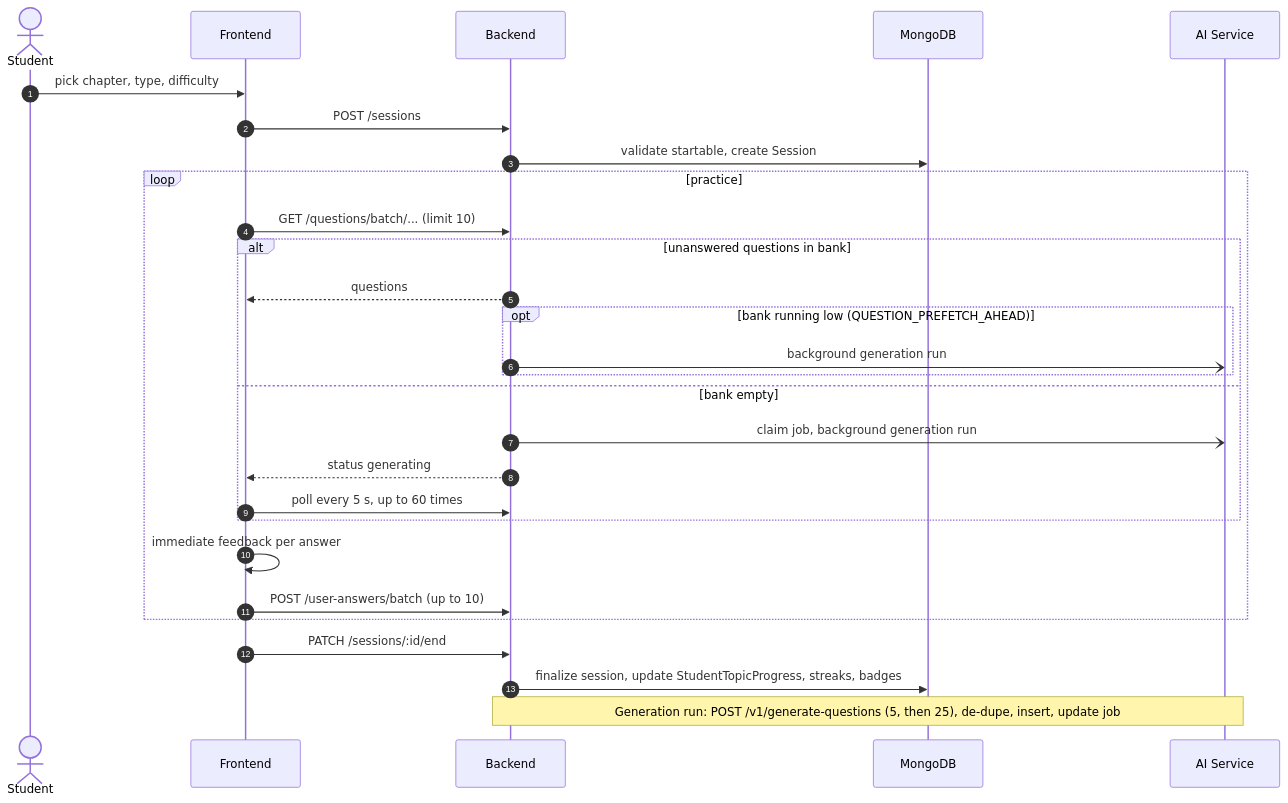
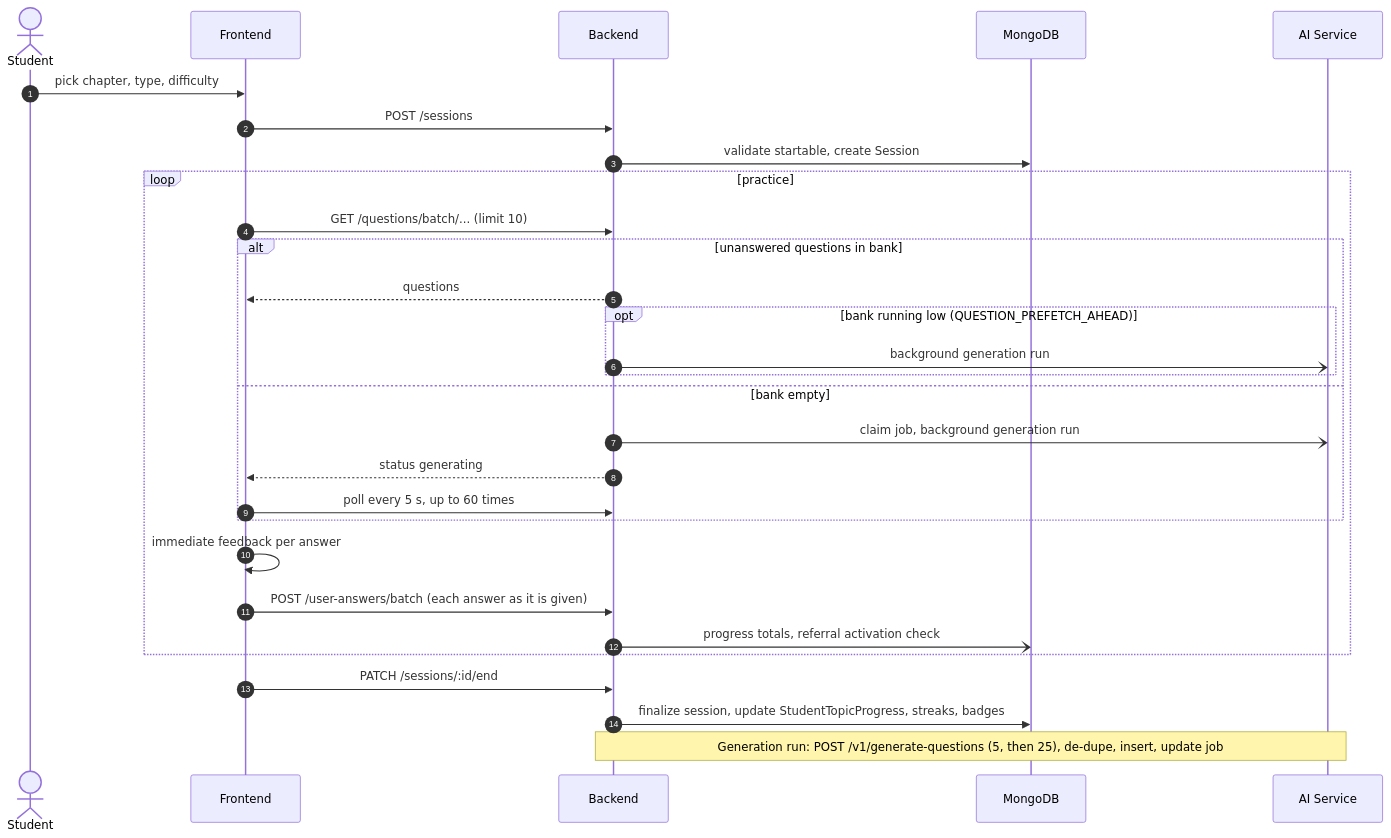
One commit to AskAide-AI/docs changed the fourth of 8 diagrams in docs/reference/hld.md. Above: the diagram before and after it, drawn with Mermaid. The commit also changed other lines of this file and 46 other files, not shown here.

````diff
--- a/docs/reference/hld.md
+++ b/docs/reference/hld.md
@@ -214,30 +222,31 @@
 ```mermaid
 sequenceDiagram
     autonumber
     actor S as Student
     participant FE as Frontend
     participant BE as Backend
     participant DB as MongoDB
     participant AI as AI Service
     S->>FE: pick chapter, type, difficulty
     FE->>BE: POST /sessions
     BE->>DB: validate startable, create Session
     loop practice
         FE->>BE: GET /questions/batch/... (limit 10)
         alt unanswered questions in bank
             BE-->>FE: questions
             opt bank running low (QUESTION_PREFETCH_AHEAD)
                 BE-)AI: background generation run
             end
         else bank empty
             BE-)AI: claim job, background generation run
             BE-->>FE: status generating
             FE->>BE: poll every 5 s, up to 60 times
         end
         FE->>FE: immediate feedback per answer
-        FE->>BE: POST /user-answers/batch (up to 10)
+        FE->>BE: POST /user-answers/batch (each answer as it is given)
+        BE-)DB: progress totals, referral activation check
     end
     FE->>BE: PATCH /sessions/:id/end
     BE->>DB: finalize session, update StudentTopicProgress, streaks, badges
     Note over BE,AI: Generation run: POST /v1/generate-questions (5, then 25), de-dupe, insert, update job
 ```
````
